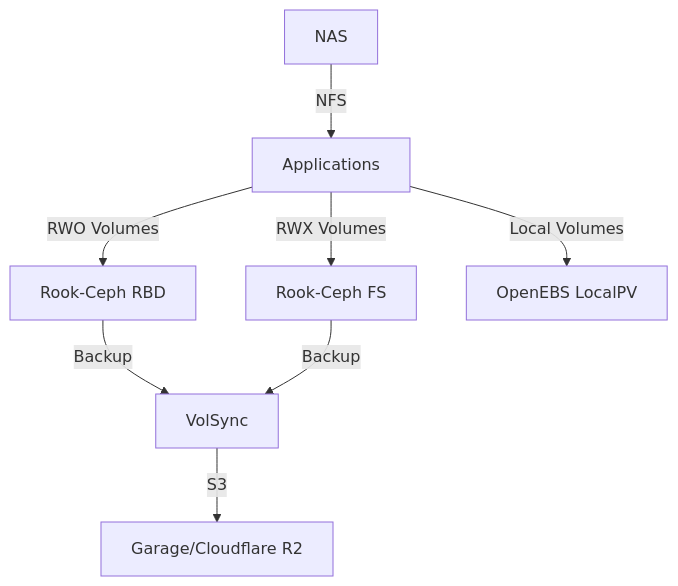
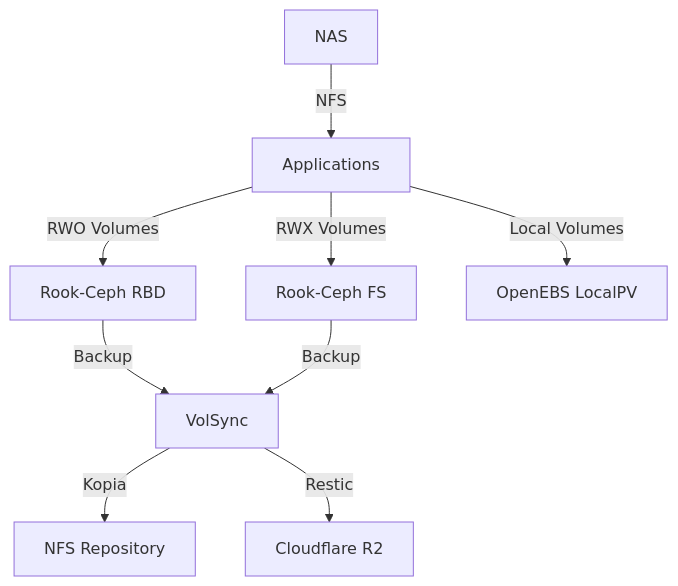
Before and after one commit to adampetrovic/home-ops: the third of 3 diagrams in README.md, drawn with Mermaid. The commit also changed other lines of this file, not shown here.

````diff
--- a/README.md
+++ b/README.md
@@ -211,10 +218,11 @@
 ```mermaid
 graph TD
     A[Applications] -->|RWO Volumes| B[Rook-Ceph RBD]
     A -->|RWX Volumes| C[Rook-Ceph FS]
     A -->|Local Volumes| D[OpenEBS LocalPV]
     B -->|Backup| E[VolSync]
     C -->|Backup| E
-    E -->|S3| F[Garage/Cloudflare R2]
-    G[NAS] -->|NFS| A
+    E -->|Kopia| F[NFS Repository]
+    E -->|Restic| G[Cloudflare R2]
+    H[NAS] -->|NFS| A
 ```
````
